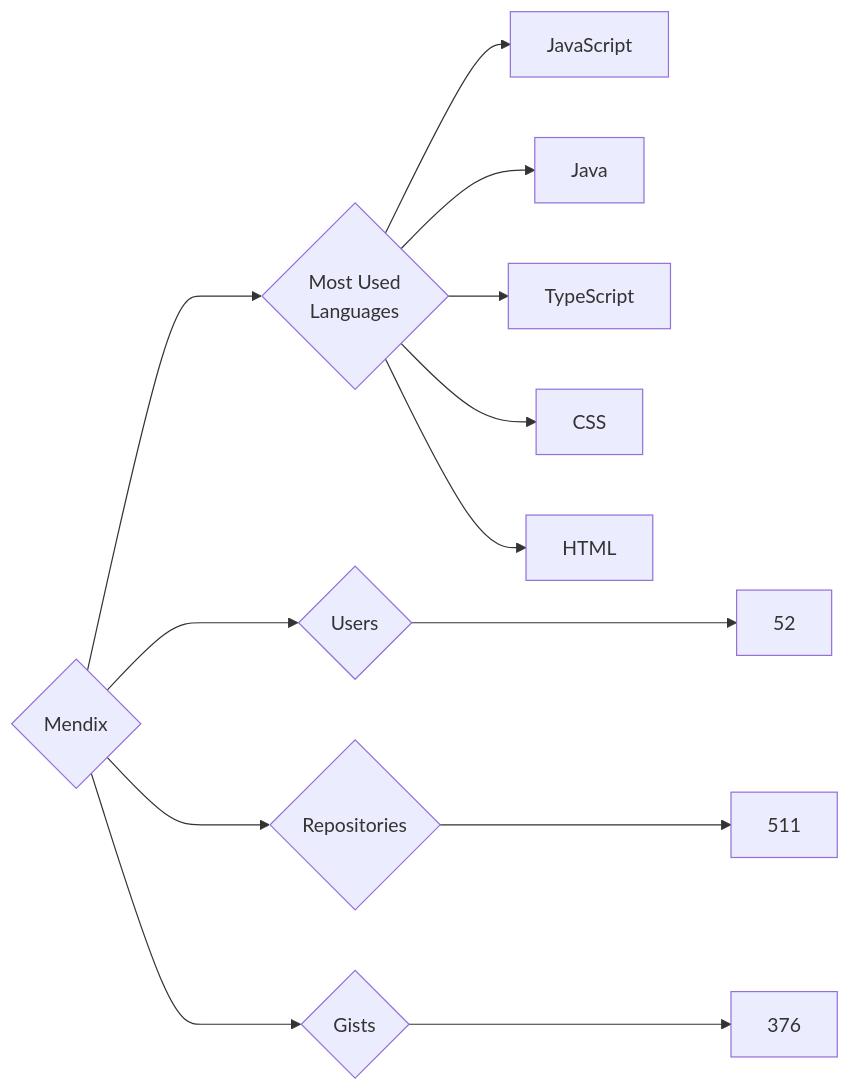
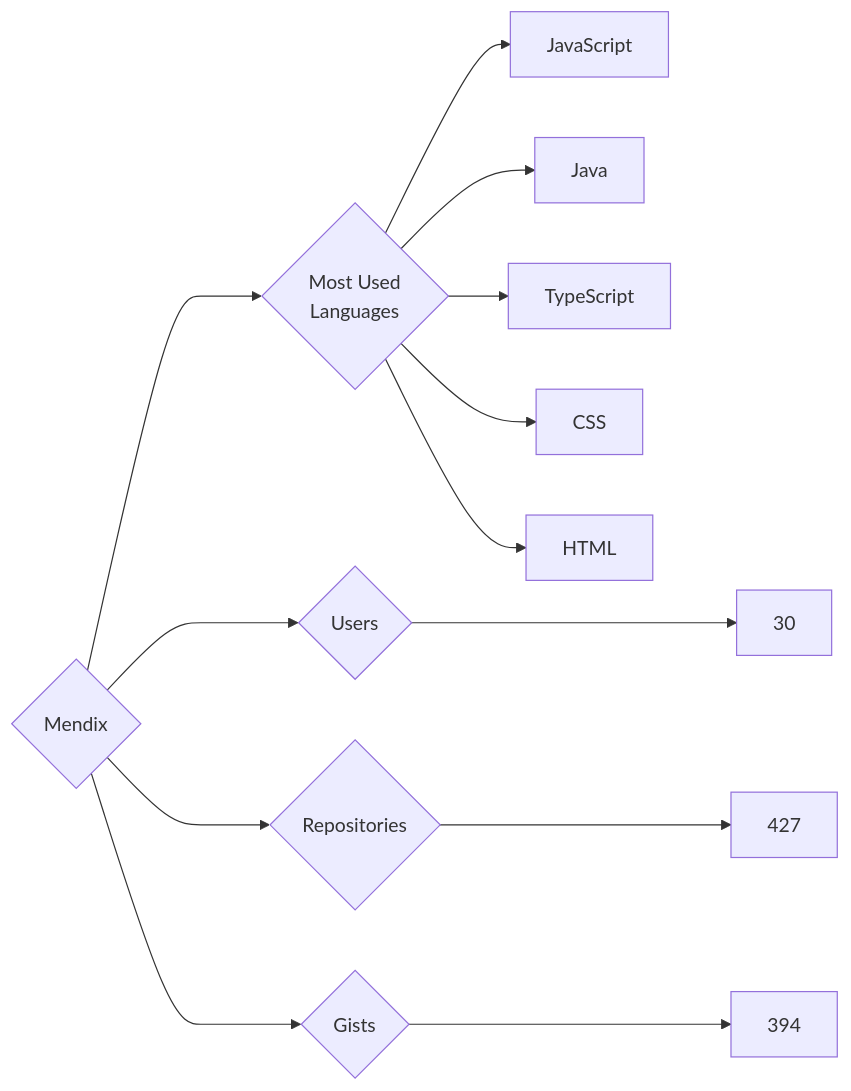
One commit to trickest/insiders changed the diagram in targets/Mendix/README.md. Above: the diagram before and after it, drawn with Mermaid. The commit also changed 878 other files, not shown here.

````diff
--- a/targets/Mendix/README.md
+++ b/targets/Mendix/README.md
@@ -3,13 +3,13 @@
 ```mermaid
 graph LR
 COMPANY_NAME{Mendix}
-COMPANY_NAME ---> U{Users} ---> UN[52]
-COMPANY_NAME ---> R{Repositories} ---> RN[511]
-COMPANY_NAME ---> G{Gists} ---> GN[376]
+COMPANY_NAME ---> U{Users} ---> UN[30]
+COMPANY_NAME ---> R{Repositories} ---> RN[427]
+COMPANY_NAME ---> G{Gists} ---> GN[394]
 COMPANY_NAME ---> ML{Most Used<br>Languages}
 ML --> JavaScript[JavaScript]
 ML --> Java[Java]
 ML --> TypeScript[TypeScript]
 ML --> CSS[CSS]
 ML --> HTML[HTML]
 ```
````
